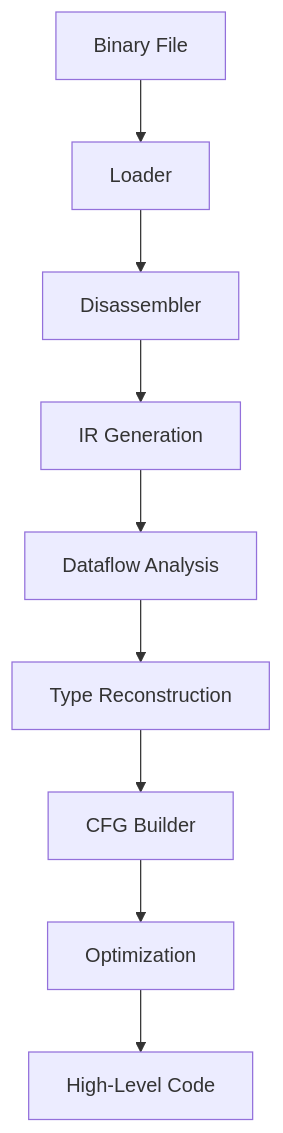
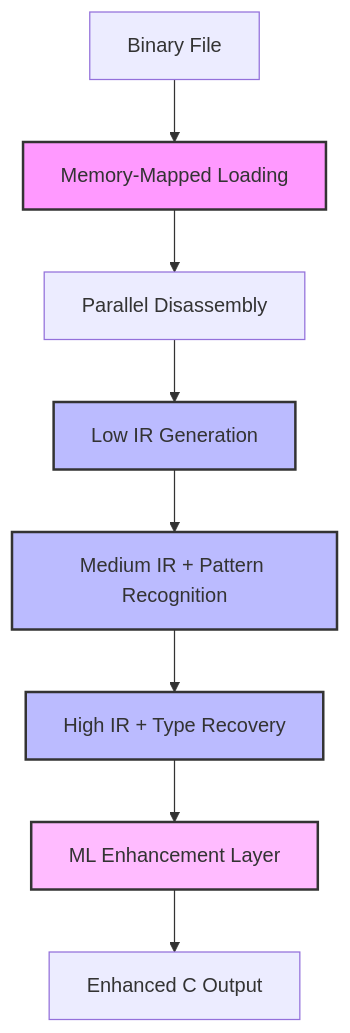
Before and after one commit to Eveheeero/fireman: the diagram in docs/domain/decompiler-fundamentals.md, drawn with Mermaid. The commit also changed other lines of this file and 9 other files, not shown here.

First line of the commit message:
docs: Merge and refine Enhanced C output documentation

````diff
--- a/docs/domain/decompiler-fundamentals.md
+++ b/docs/domain/decompiler-fundamentals.md
@@ -7,11 +7,16 @@
 ```mermaid
 graph TD
-    A[Binary File] --> B[Loader]
-    B --> C[Disassembler]
-    C --> D[IR Generation]
-    D --> E[Dataflow Analysis]
-    E --> F[Type Reconstruction]
-    F --> G[CFG Builder]
-    G --> H[Optimization]
-    H --> I[High-Level Code]
+    A[Binary File] --> B[Memory-Mapped Loading]
+    B --> C[Parallel Disassembly]
+    C --> D[Low IR Generation]
+    D --> E[Medium IR + Pattern Recognition]
+    E --> F[High IR + Type Recovery]
+    F --> G[ML Enhancement Layer]
+    G --> H[Enhanced C Output]
+    
+    style B fill:#f9f,stroke:#333,stroke-width:2px
+    style D fill:#bbf,stroke:#333,stroke-width:2px
+    style E fill:#bbf,stroke:#333,stroke-width:2px
+    style F fill:#bbf,stroke:#333,stroke-width:2px
+    style G fill:#fbf,stroke:#333,stroke-width:2px
 ```
````
